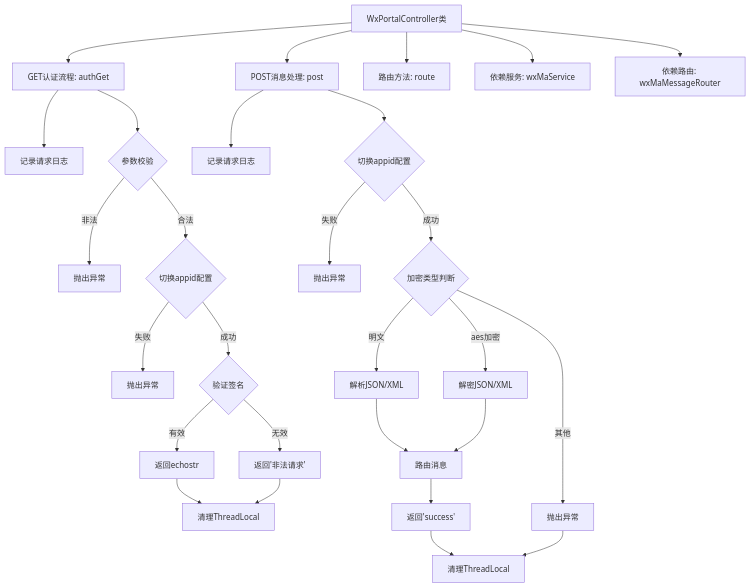
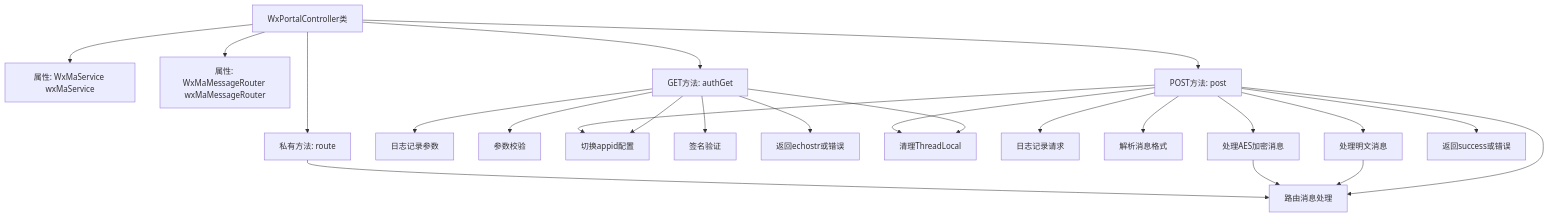
The second of 2 diagrams in docs/zh/docs/src/main/java/com/github/binarywang/demo/wx/miniapp/controller/WxPortalController.md (v-wjrong/rongwj666_weixin-java-miniapp-demo), drawn with Mermaid before and after one commit. The commit also changed other lines of this file and 47 other files, not shown here.

````diff
--- a/docs/zh/docs/src/main/java/com/github/binarywang/demo/wx/miniapp/controller/WxPortalController.md
+++ b/docs/zh/docs/src/main/java/com/github/binarywang/demo/wx/miniapp/controller/WxPortalController.md
@@ -94,36 +89,49 @@
 ```mermaid
 graph TD
     A["WxPortalController类"]
-    B["GET认证流程: authGet"]
-    C["POST消息处理: post"]
-    D["路由方法: route"]
-    E["依赖服务: wxMaService"]
-    F["依赖路由: wxMaMessageRouter"]
+    B["属性: WxMaService wxMaService"]
+    C["属性: WxMaMessageRouter wxMaMessageRouter"]
+    D["GET方法: authGet"]
+    E["POST方法: post"]
+    F["私有方法: route"]
+    
+    G["日志记录参数"]
+    H["参数校验"]
+    I["切换appid配置"]
+    J["签名验证"]
+    K["返回echostr或错误"]
+    L["清理ThreadLocal"]
+    
+    M["日志记录请求"]
+    N["解析消息格式"]
+    O["处理明文消息"]
+    P["处理AES加密消息"]
+    Q["路由消息处理"]
+    R["返回success或错误"]
 
     A --> B
     A --> C
     A --> D
     A --> E
     A --> F
-
-    B --> B1["记录请求日志"]
-    B --> B2{"参数校验"}
-    B2 -->|非法| B3["抛出异常"]
-    B2 -->|合法| B4{"切换appid配置"}
-    B4 -->|失败| B5["抛出异常"]
-    B4 -->|成功| B6{"验证签名"}
-    B6 -->|有效| B7["返回echostr"]
-    B6 -->|无效| B8["返回'非法请求'"]
-    B7 & B8 --> B9["清理ThreadLocal"]
-
-    C --> C1["记录请求日志"]
-    C --> C2{"切换appid配置"}
-    C2 -->|失败| C3["抛出异常"]
-    C2 -->|成功| C4{"加密类型判断"}
-    C4 -->|明文| C5["解析JSON/XML"]
-    C4 -->|aes加密| C6["解密JSON/XML"]
-    C4 -->|其他| C7["抛出异常"]
-    C5 & C6 --> C8["路由消息"]
-    C8 --> C9["返回'success'"]
-    C9 & C7 --> C10["清理ThreadLocal"]
+    
+    D --> G
+    D --> H
+    D --> I
+    D --> J
+    D --> K
+    D --> L
+    
+    E --> M
+    E --> I
+    E --> N
+    E --> O
+    E --> P
+    E --> Q
+    E --> R
+    E --> L
+    
+    O --> Q
+    P --> Q
+    F --> Q
 ```
````
